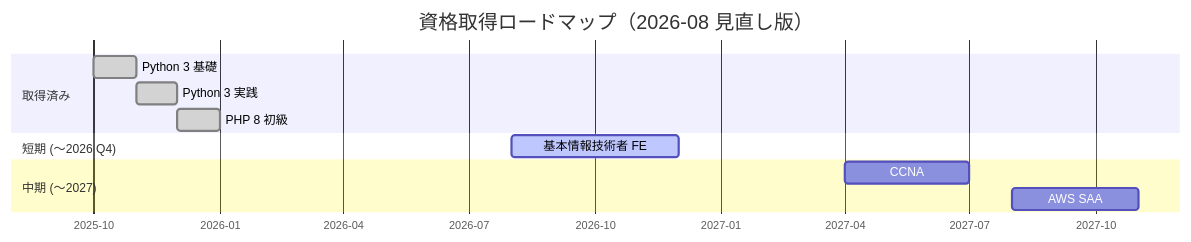
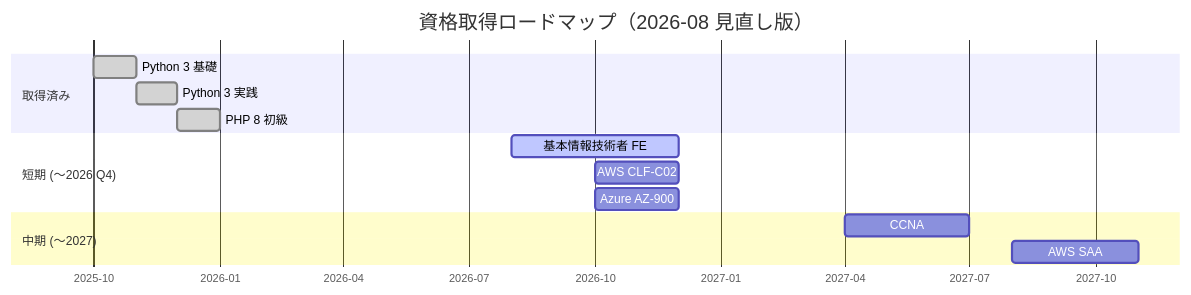
Before and after one commit to ns7jp/ns7jp: the diagram in docs/certifications/roadmap.md, drawn with Mermaid. The commit also changed other lines of this file and 5 other files, not shown here.

````diff
--- a/docs/certifications/roadmap.md
+++ b/docs/certifications/roadmap.md
@@ -65,18 +75,20 @@
 ```mermaid
 gantt
     title 資格取得ロードマップ（2026-08 見直し版）
     dateFormat YYYY-MM
     axisFormat %Y-%m
 
     section 取得済み
     Python 3 基礎      :done, p1, 2025-10, 2025-11
     Python 3 実践      :done, p2, 2025-11, 2025-12
     PHP 8 初級         :done, p3, 2025-12, 2026-01
 
     section 短期 (〜2026 Q4)
     基本情報技術者 FE   :active, f1, 2026-08, 2026-12
+    AWS CLF-C02        :acp1, 2026-10, 2M
+    Azure AZ-900       :az1, 2026-10, 2M
 
     section 中期 (〜2027)
     CCNA               :c1, 2027-04, 3M
     AWS SAA            :a1, 2027-08, 3M
 ```
````
